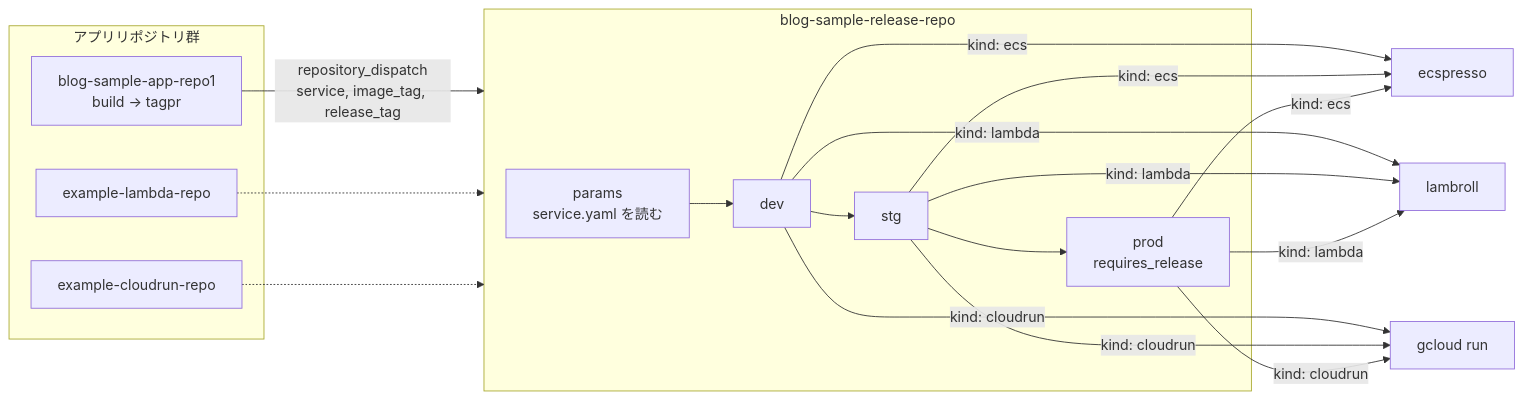
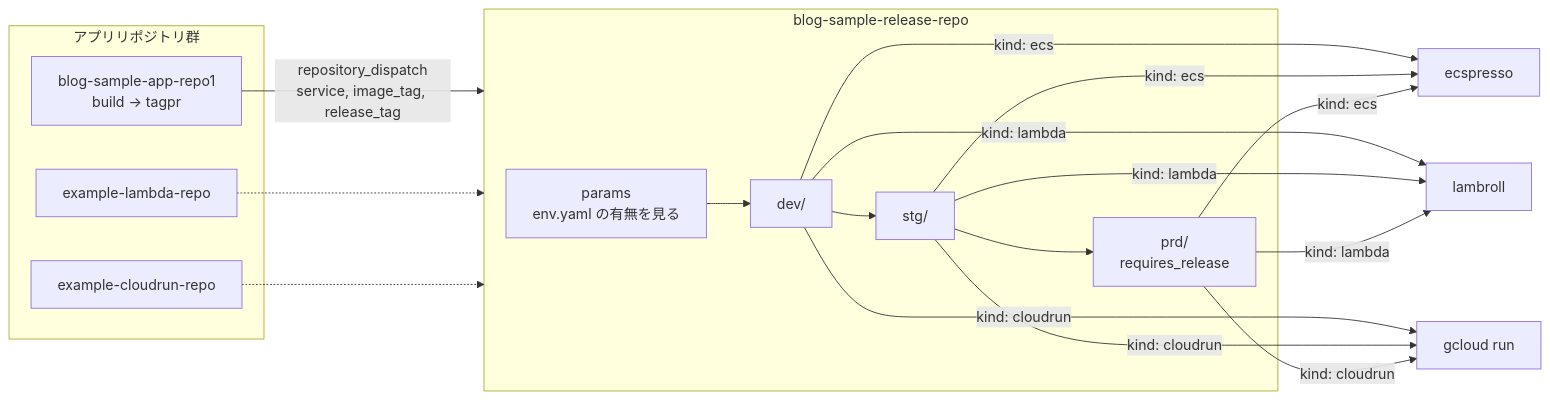
The diagram in README.md (gainings/blog-sample-release-repo), drawn with Mermaid before and after one commit. The commit also changed other lines of this file and 35 other files, not shown here.

First line of the commit message:
Manage environments as directories (dev / stg / prd)

````diff
--- a/README.md
+++ b/README.md
@@ -13,17 +14,17 @@
 ```mermaid
 flowchart LR
     subgraph apps[アプリリポジトリ群]
         A1[blog-sample-app-repo1<br/>build → tagpr]
         A2[example-lambda-repo]
         A3[example-cloudrun-repo]
     end
     A1 -->|repository_dispatch<br/>service, image_tag, release_tag| R
     A2 -.-> R
     A3 -.-> R
     subgraph R[blog-sample-release-repo]
-        P[params<br/>service.yaml を読む] --> D[dev] --> S[stg] --> Pr[prod<br/>requires_release]
+        P[params<br/>env.yaml の有無を見る] --> D[dev/] --> S[stg/] --> Pr[prd/<br/>requires_release]
     end
     D & S & Pr -->|kind: ecs| ECS[ecspresso]
     D & S & Pr -->|kind: lambda| LMB[lambroll]
     D & S & Pr -->|kind: cloudrun| CR[gcloud run]
 ```
````
